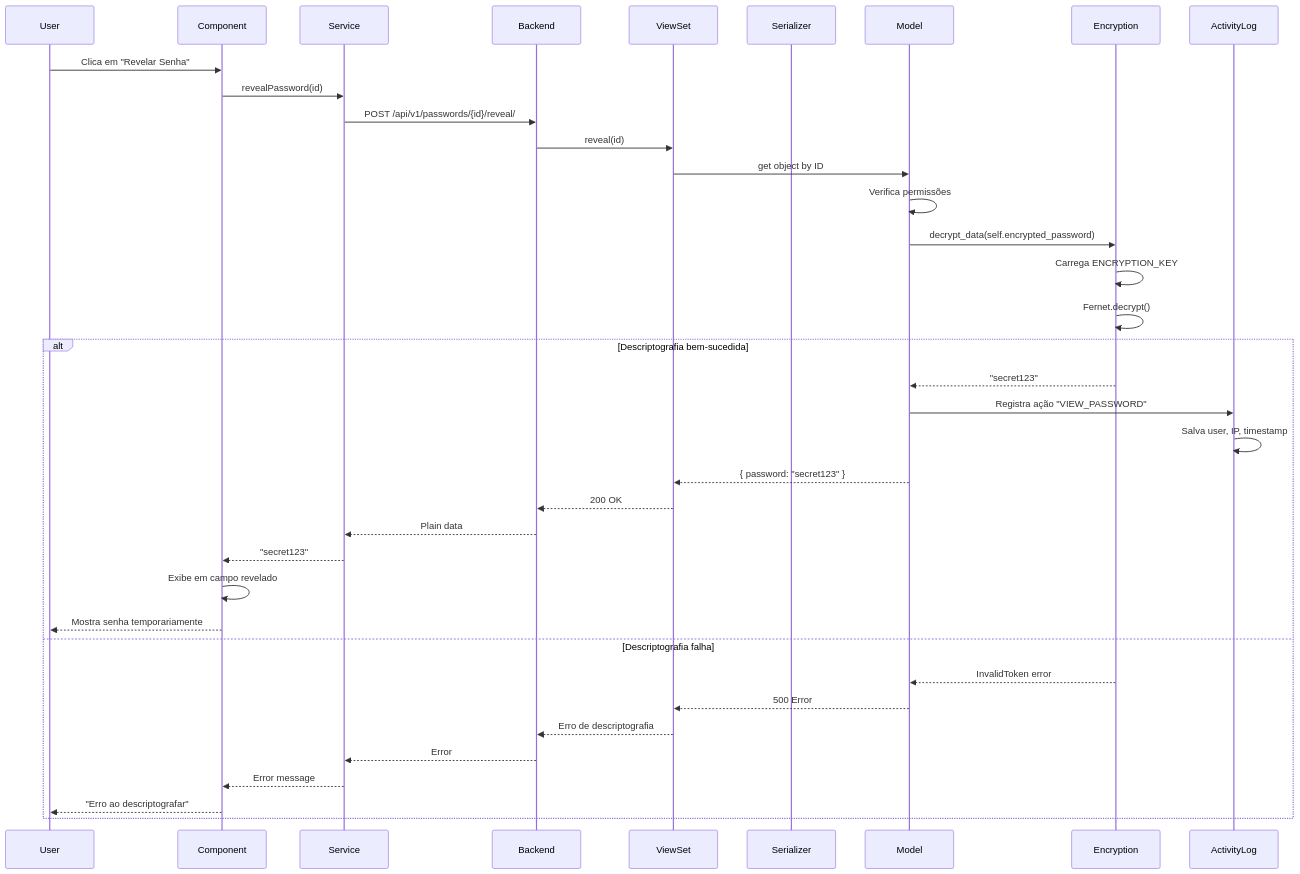
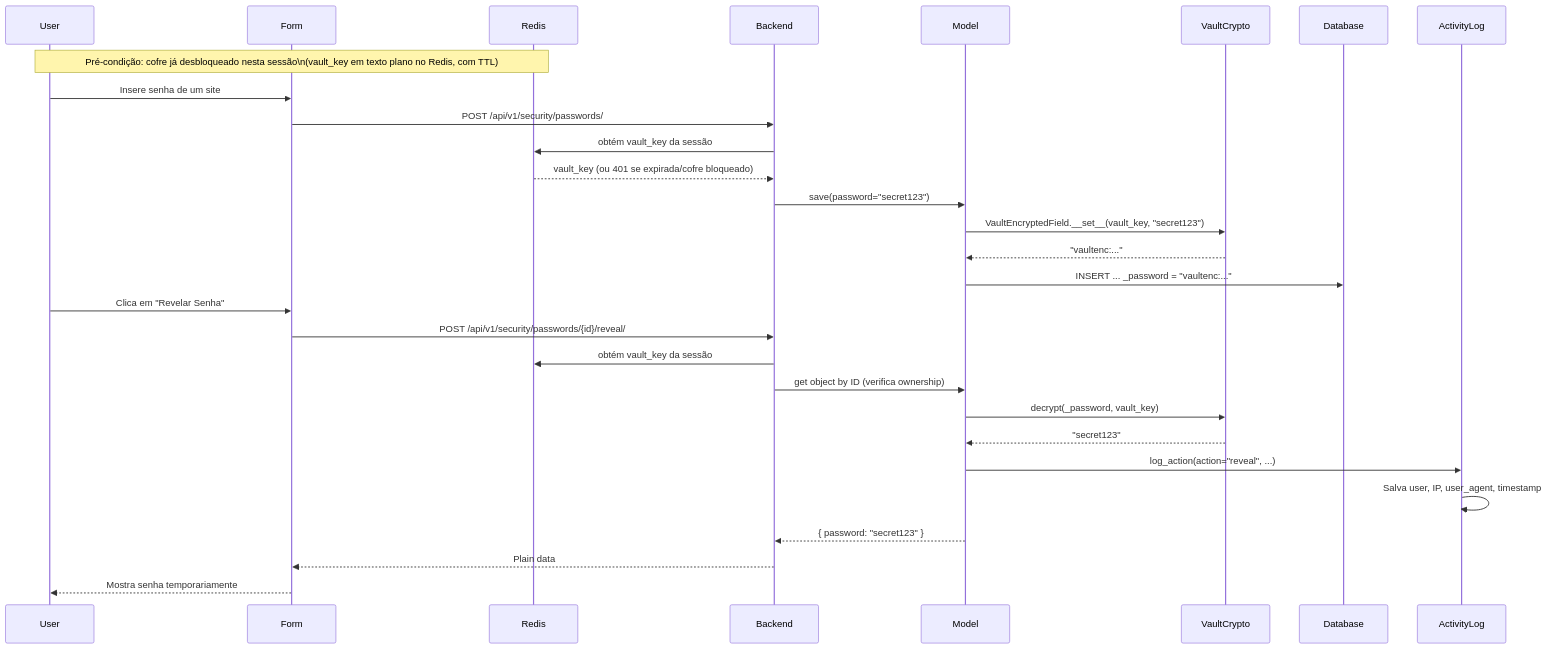
One commit to tarcisioribeiro/Axiom changed the eighth of 13 diagrams in documentation/architecture/data_flow.md. Above: the diagram before and after it, drawn with Mermaid. The commit also changed other lines of this file and 5 other files, not shown here.

Commit message:
docs: updated diagrams

````diff
--- a/documentation/architecture/data_flow.md
+++ b/documentation/architecture/data_flow.md
@@ -427,42 +415,35 @@
 ```mermaid
 sequenceDiagram
     participant User
-    participant Component
-    participant Service
+    participant Form
+    participant Redis
     participant Backend
-    participant ViewSet
-    participant Serializer
     participant Model
-    participant Encryption
+    participant VaultCrypto
+    participant Database
     participant ActivityLog
 
-    User->>Component: Clica em "Revelar Senha"
-    Component->>Service: revealPassword(id)
-    Service->>Backend: POST /api/v1/passwords/{id}/reveal/
+    Note over User,Redis: Pré-condição: cofre já desbloqueado nesta sessão\n(vault_key em texto plano no Redis, com TTL)
 
-    Backend->>ViewSet: reveal(id)
-    ViewSet->>Model: get object by ID
-    Model->>Model: Verifica permissões
-    Model->>Encryption: decrypt_data(self.encrypted_password)
+    User->>Form: Insere senha de um site
+    Form->>Backend: POST /api/v1/security/passwords/
+    Backend->>Redis: obtém vault_key da sessão
+    Redis-->>Backend: vault_key (ou 401 se expirada/cofre bloqueado)
 
-    Encryption->>Encryption: Carrega ENCRYPTION_KEY
-    Encryption->>Encryption: Fernet.decrypt()
-    alt Descriptografia bem-sucedida
-        Encryption-->>Model: "secret123"
-        Model->>ActivityLog: Registra ação "VIEW_PASSWORD"
-        ActivityLog->>ActivityLog: Salva user, IP, timestamp
-        Model-->>ViewSet: { password: "secret123" }
-        ViewSet-->>Backend: 200 OK
-        Backend-->>Service: Plain data
-        Service-->>Component: "secret123"
-        Component->>Component: Exibe em campo revelado
-        Component-->>User: Mostra senha temporariamente
-    else Descriptografia falha
-        Encryption-->>Model: InvalidToken error
-        Model-->>ViewSet: 500 Error
-        ViewSet-->>Backend: Erro de descriptografia
-        Backend-->>Service: Error
-        Service-->>Component: Error message
-        Component-->>User: "Erro ao descriptografar"
-    end
+    Backend->>Model: save(password="secret123")
+    Model->>VaultCrypto: VaultEncryptedField.__set__(vault_key, "secret123")
+    VaultCrypto-->>Model: "vaultenc:..."
+    Model->>Database: INSERT ... _password = "vaultenc:..."
+
+    User->>Form: Clica em "Revelar Senha"
+    Form->>Backend: POST /api/v1/security/passwords/{id}/reveal/
+    Backend->>Redis: obtém vault_key da sessão
+    Backend->>Model: get object by ID (verifica ownership)
+    Model->>VaultCrypto: decrypt(_password, vault_key)
+    VaultCrypto-->>Model: "secret123"
+    Model->>ActivityLog: log_action(action="reveal", ...)
+    ActivityLog->>ActivityLog: Salva user, IP, user_agent, timestamp
+    Model-->>Backend: { password: "secret123" }
+    Backend-->>Form: Plain data
+    Form-->>User: Mostra senha temporariamente
 ```
````
